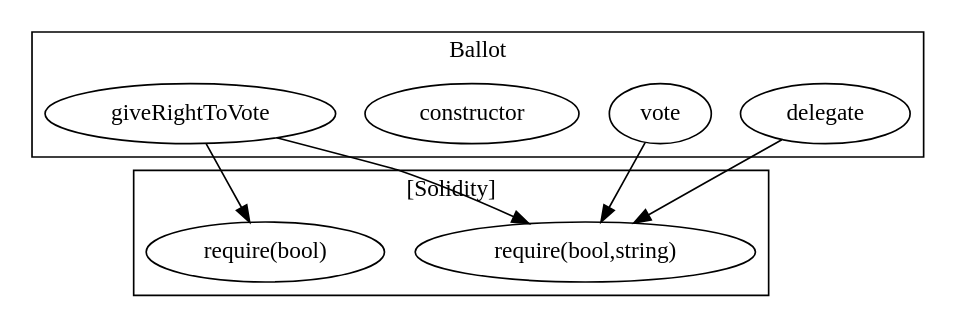
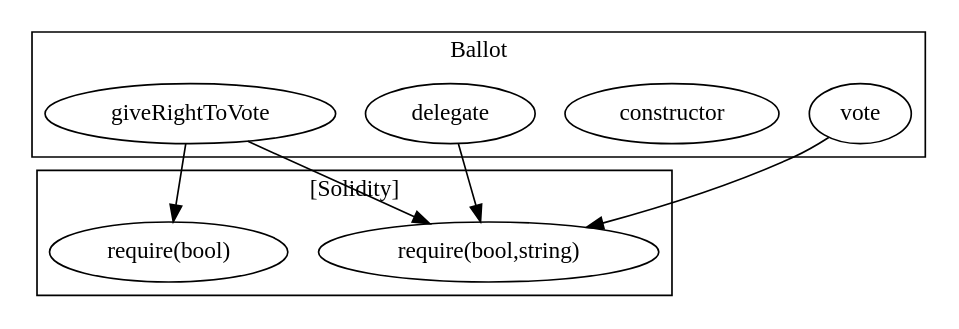
One commit to JackHFeng/Static_Analysis changed the diagram in Ballot.dot. Above: the diagram before and after it, drawn with Graphviz. The commit also changed other lines of this file and 6 other files, not shown here.

```diff
--- a/Ballot.dot
+++ b/Ballot.dot
@@ -1,17 +1,17 @@
 strict digraph {
 subgraph cluster_303_Ballot {
 label = "Ballot"
-"303_delegate" [label="delegate"]
 "303_vote" [label="vote"]
 "303_constructor" [label="constructor"]
+"303_delegate" [label="delegate"]
 "303_giveRightToVote" [label="giveRightToVote"]
 }subgraph cluster_solidity {
 label = "[Solidity]"
+"require(bool,string)" 
 "require(bool)" 
-"require(bool,string)" 
-"303_giveRightToVote" -> "require(bool)"
 "303_delegate" -> "require(bool,string)"
 "303_giveRightToVote" -> "require(bool,string)"
+"303_giveRightToVote" -> "require(bool)"
 "303_vote" -> "require(bool,string)"
 }
 }
```
